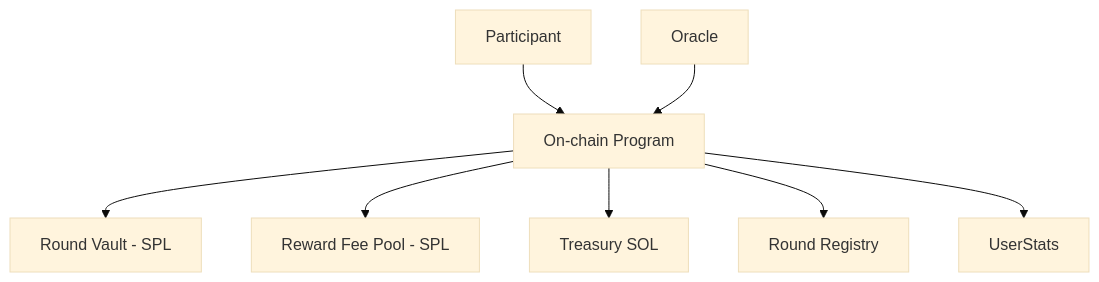
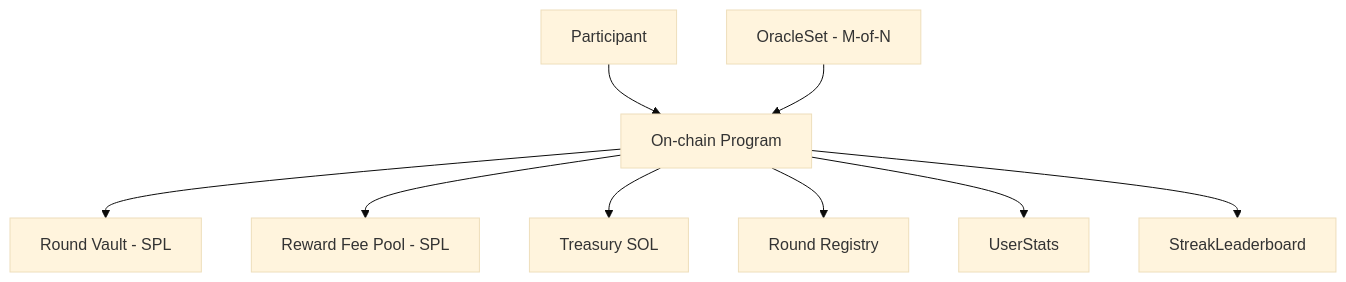
One commit to TIMLG-Protocol/timlg-protocol changed the diagram in docs/protocol/overview.md. Above: the diagram before and after it, drawn with Mermaid (base theme). The commit also changed other lines of this file and 19 other files, not shown here.

````diff
--- a/docs/protocol/overview.md
+++ b/docs/protocol/overview.md
@@ -32,10 +35,11 @@
 ```mermaid
 graph TD
   P[Participant] --> S[On-chain Program]
-  O[Oracle] --> S
+  OS[OracleSet - M-of-N] --> S
   S --> RV[Round Vault - SPL]
   S --> RFP[Reward Fee Pool - SPL]
   S --> TSOL[Treasury SOL]
   S --> RR[Round Registry]
   S --> US[UserStats]
+  S --> LB[StreakLeaderboard]
 ```
````
